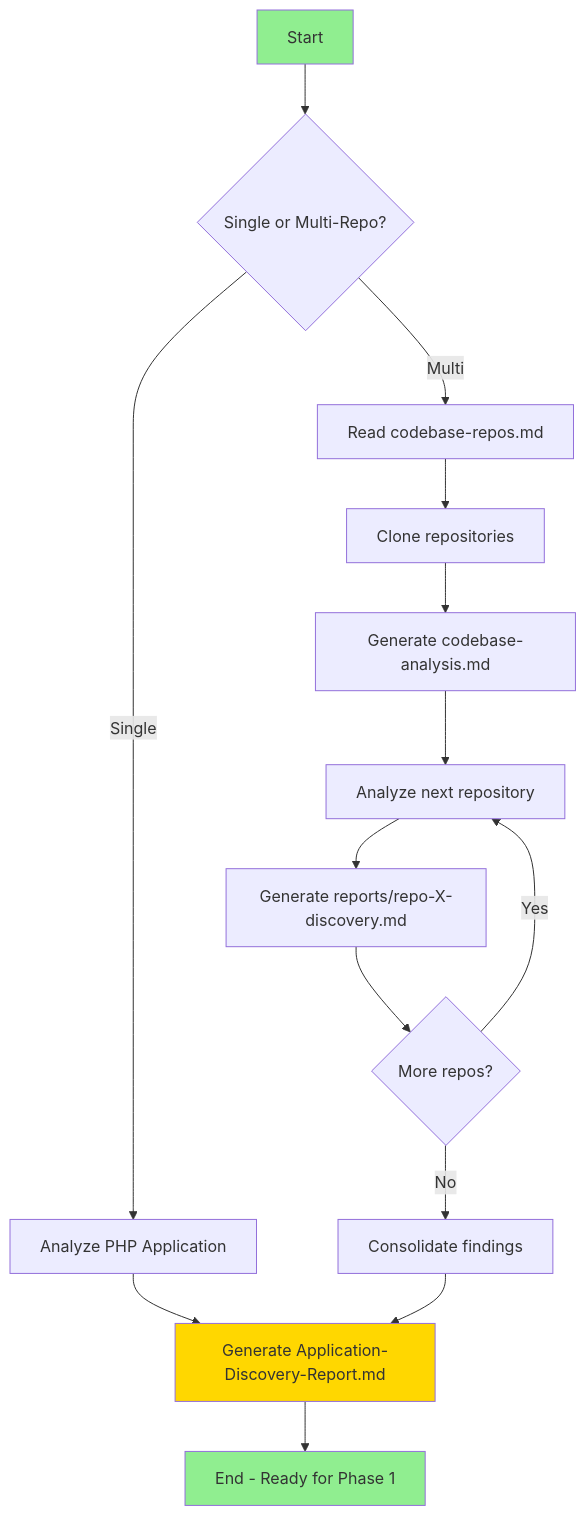
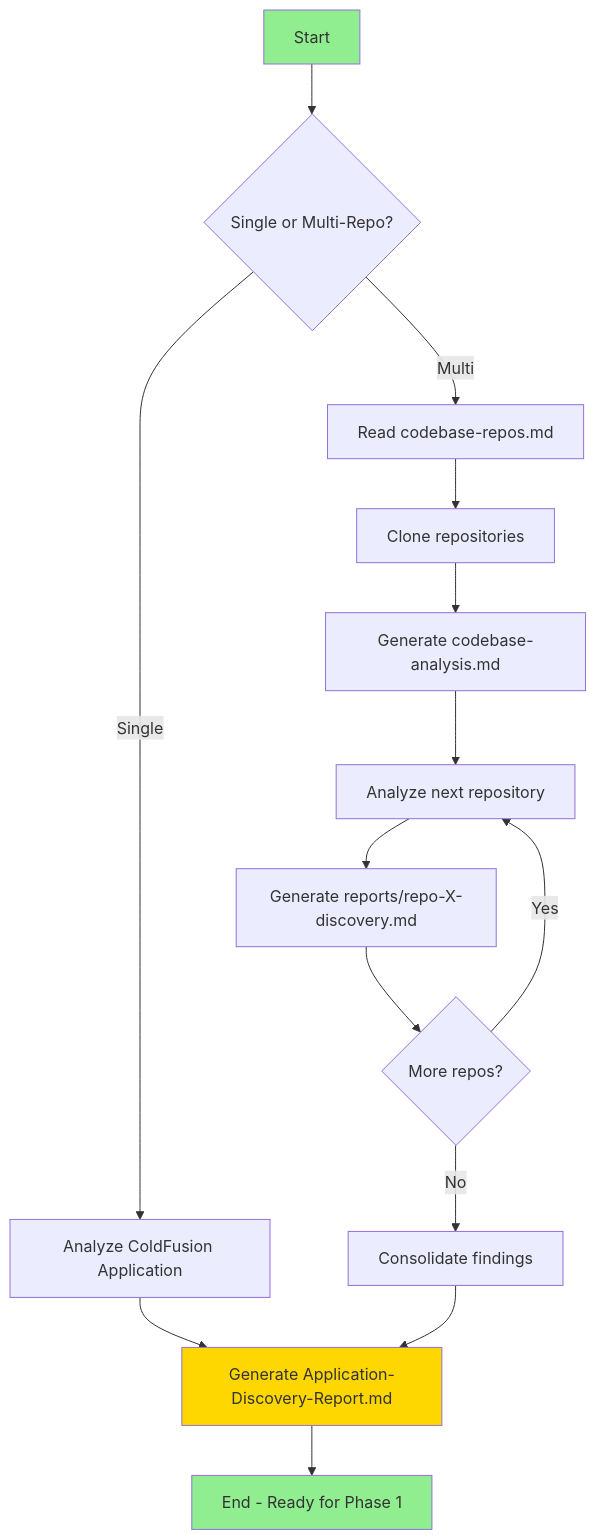
The first of 2 diagrams in .github/prompts/Phase0-ApplicationDiscovery.prompt.md (RobertoBorges/GHCP-ColdFusion-to-Java), drawn with Mermaid before and after one commit. The commit also changed other lines of this file and 47 other files, not shown here.

````diff
--- a/.github/prompts/Phase0-ApplicationDiscovery.prompt.md
+++ b/.github/prompts/Phase0-ApplicationDiscovery.prompt.md
@@ -25,20 +25,20 @@
 ```mermaid
 graph TD
     A[Start] --> B{Single or Multi-Repo?}
-    B -->|Single| C[Analyze PHP Application]
+    B -->|Single| C[Analyze ColdFusion Application]
     B -->|Multi| D[Read codebase-repos.md]
     D --> E[Clone repositories]
     E --> F[Generate codebase-analysis.md]
     F --> G[Analyze next repository]
     G --> H[Generate reports/repo-X-discovery.md]
     H --> I{More repos?}
     I -->|Yes| G
     I -->|No| J[Consolidate findings]
     C --> K[Generate Application-Discovery-Report.md]
     J --> K
     K --> L[End - Ready for Phase 1]
     
     style A fill:#90EE90
     style L fill:#90EE90
     style K fill:#FFD700
 ```
````
